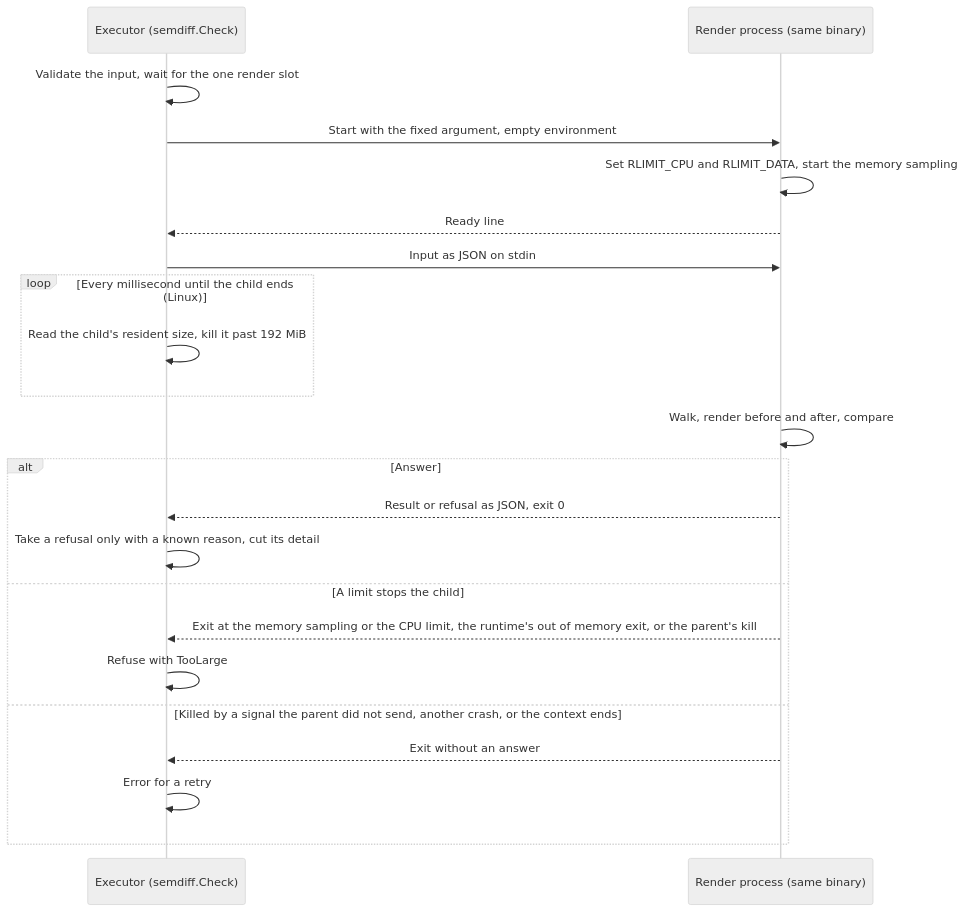
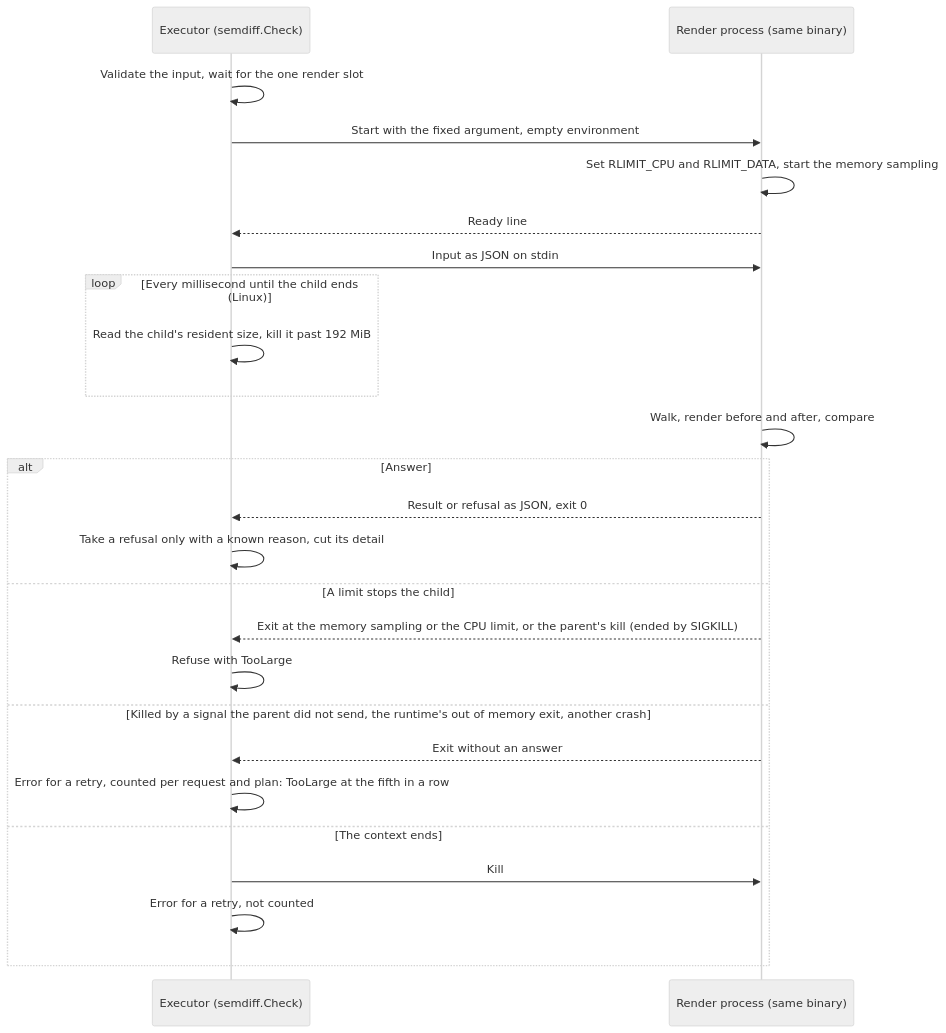
Before and after one commit to pkalin/shadewright: the diagram in docs/adr/0035-render-check-in-a-limited-child-process.md, drawn with Mermaid (neutral theme). The commit also changed other lines of this file and 26 other files, not shown here.

````diff
--- a/docs/adr/0035-render-check-in-a-limited-child-process.md
+++ b/docs/adr/0035-render-check-in-a-limited-child-process.md
@@ -30,24 +31,27 @@
 ```mermaid
 sequenceDiagram
     participant E as Executor (semdiff.Check)
     participant C as Render process (same binary)
     E->>E: Validate the input, wait for the one render slot
     E->>C: Start with the fixed argument, empty environment
     C->>C: Set RLIMIT_CPU and RLIMIT_DATA, start the memory sampling
     C-->>E: Ready line
     E->>C: Input as JSON on stdin
     loop Every millisecond until the child ends (Linux)
         E->>E: Read the child's resident size, kill it past 192 MiB
     end
     C->>C: Walk, render before and after, compare
     alt Answer
         C-->>E: Result or refusal as JSON, exit 0
         E->>E: Take a refusal only with a known reason, cut its detail
     else A limit stops the child
-        C-->>E: Exit at the memory sampling or the CPU limit, the runtime's out of memory exit, or the parent's kill
+        C-->>E: Exit at the memory sampling or the CPU limit, or the parent's kill (ended by SIGKILL)
         E->>E: Refuse with TooLarge
-    else Killed by a signal the parent did not send, another crash, or the context ends
+    else Killed by a signal the parent did not send, the runtime's out of memory exit, another crash
         C-->>E: Exit without an answer
-        E->>E: Error for a retry
+        E->>E: Error for a retry, counted per request and plan: TooLarge at the fifth in a row
+    else The context ends
+        E->>C: Kill
+        E->>E: Error for a retry, not counted
     end
 ```
````
